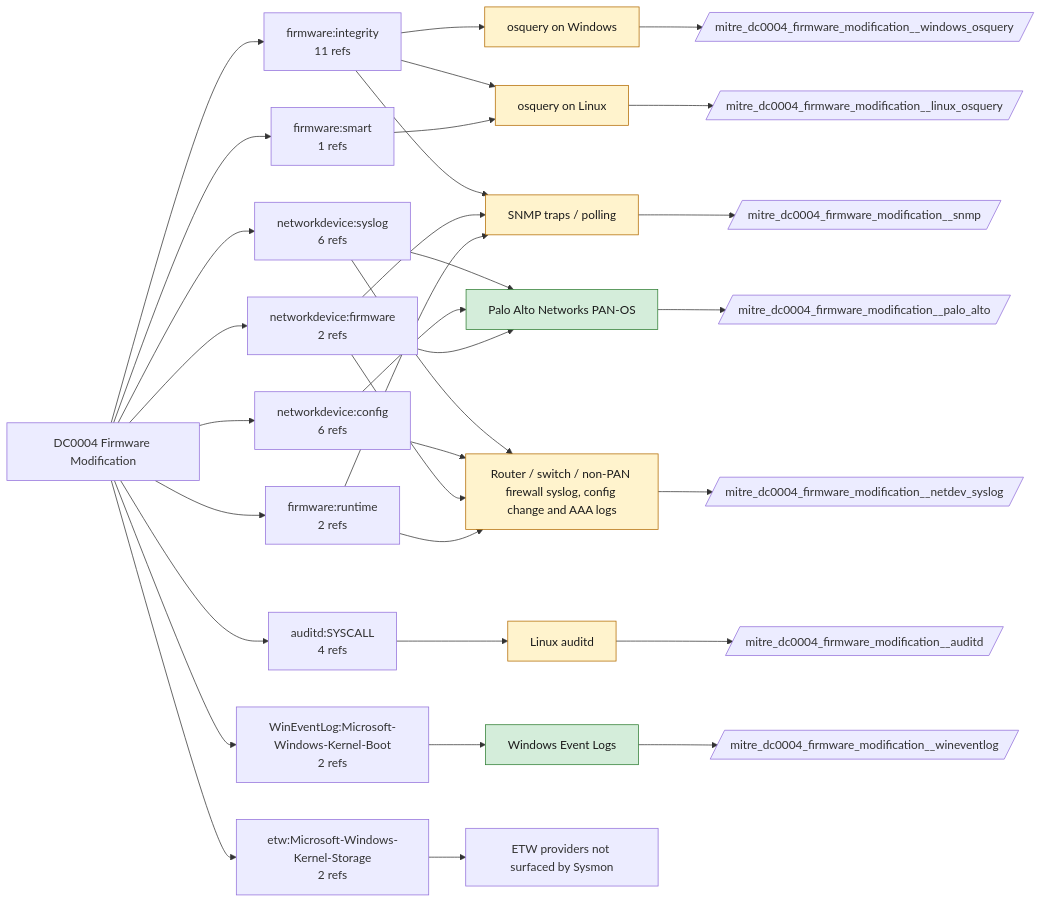
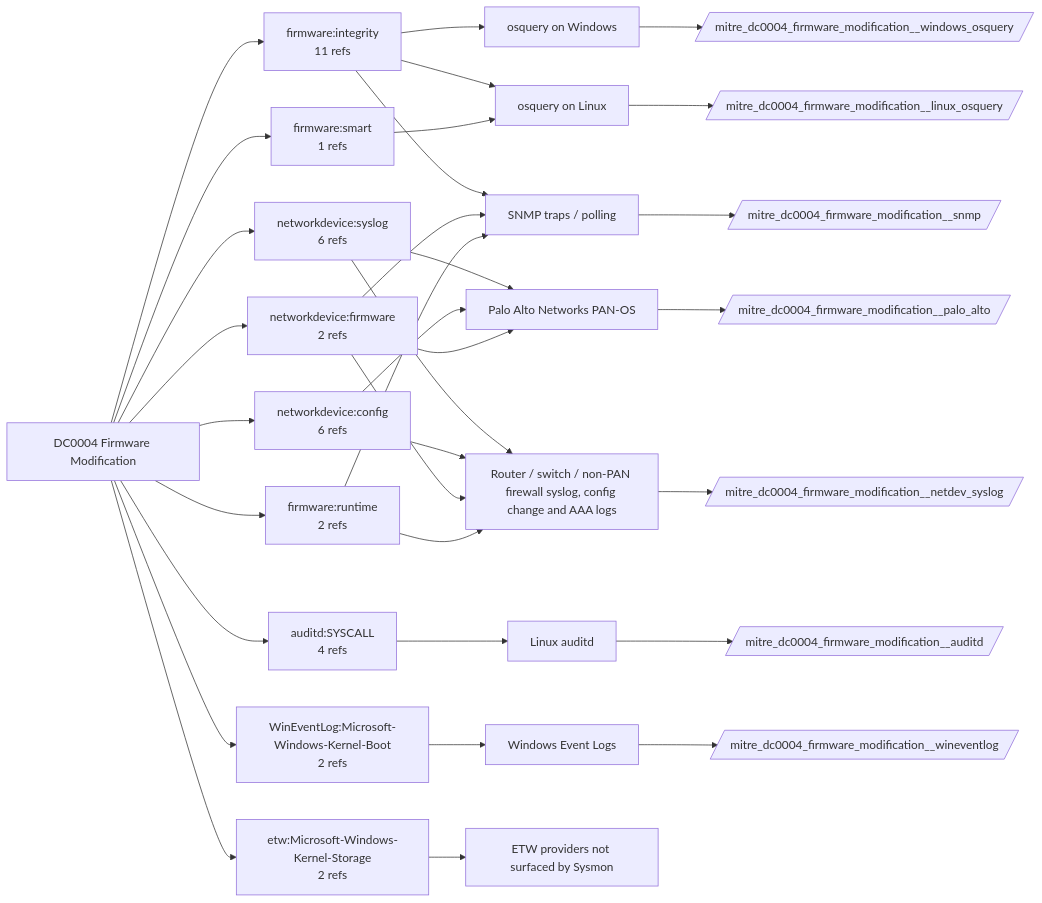
The diagram in docs/data-components/DC0004-firmware-modification.md (dev-nobytes-io/mitre-defensive-mappings-spl), drawn with Mermaid before and after one commit. The commit also changed other lines of this file and 366 other files, not shown here.

````diff
--- a/docs/data-components/DC0004-firmware-modification.md
+++ b/docs/data-components/DC0004-firmware-modification.md
@@ -19,53 +19,44 @@
 ```mermaid
 flowchart LR
   DC["DC0004 Firmware Modification"]
   DC --> LS0["firmware:integrity<br/>11 refs"]
   F_windows_osquery["osquery on Windows"]
   LS0 --> F_windows_osquery
   F_linux_osquery["osquery on Linux"]
   LS0 --> F_linux_osquery
   F_snmp["SNMP traps / polling"]
   LS0 --> F_snmp
   DC --> LS1["networkdevice:syslog<br/>6 refs"]
   F_palo_alto["Palo Alto Networks PAN-OS"]
   LS1 --> F_palo_alto
   F_netdev_syslog["Router / switch / non-PAN firewall syslog, config change and AAA logs"]
   LS1 --> F_netdev_syslog
   DC --> LS2["networkdevice:config<br/>6 refs"]
   LS2 --> F_palo_alto
   LS2 --> F_netdev_syslog
   DC --> LS3["auditd:SYSCALL<br/>4 refs"]
   F_auditd["Linux auditd"]
   LS3 --> F_auditd
   DC --> LS4["WinEventLog:Microsoft-Windows-Kernel-Boot<br/>2 refs"]
   F_wineventlog["Windows Event Logs"]
   LS4 --> F_wineventlog
   DC --> LS5["networkdevice:firmware<br/>2 refs"]
   LS5 --> F_palo_alto
   LS5 --> F_netdev_syslog
   LS5 --> F_snmp
   DC --> LS6["etw:Microsoft-Windows-Kernel-Storage<br/>2 refs"]
   F_etw["ETW providers not surfaced by Sysmon"]
   LS6 --> F_etw
   DC --> LS7["firmware:runtime<br/>2 refs"]
   LS7 --> F_netdev_syslog
   LS7 --> F_snmp
   DC --> LS8["firmware:smart<br/>1 refs"]
   LS8 --> F_linux_osquery
+  F_auditd --> ET_auditd[/"mitre_dc0004_firmware_modification__auditd"/]
+  F_linux_osquery --> ET_linux_osquery[/"mitre_dc0004_firmware_modification__linux_osquery"/]
+  F_netdev_syslog --> ET_netdev_syslog[/"mitre_dc0004_firmware_modification__netdev_syslog"/]
   F_palo_alto --> ET_palo_alto[/"mitre_dc0004_firmware_modification__palo_alto"/]
-  class F_palo_alto live
+  F_snmp --> ET_snmp[/"mitre_dc0004_firmware_modification__snmp"/]
+  F_windows_osquery --> ET_windows_osquery[/"mitre_dc0004_firmware_modification__windows_osquery"/]
   F_wineventlog --> ET_wineventlog[/"mitre_dc0004_firmware_modification__wineventlog"/]
-  class F_wineventlog live
-  F_auditd --> ET_auditd[/"mitre_dc0004_firmware_modification__auditd"/]
-  class F_auditd ready
-  F_linux_osquery --> ET_linux_osquery[/"mitre_dc0004_firmware_modification__linux_osquery"/]
-  class F_linux_osquery ready
-  F_netdev_syslog --> ET_netdev_syslog[/"mitre_dc0004_firmware_modification__netdev_syslog"/]
-  class F_netdev_syslog ready
-  F_snmp --> ET_snmp[/"mitre_dc0004_firmware_modification__snmp"/]
-  class F_snmp ready
-  F_windows_osquery --> ET_windows_osquery[/"mitre_dc0004_firmware_modification__windows_osquery"/]
-  class F_windows_osquery ready
-  classDef live fill:#d4edda,stroke:#2e7d32,color:#1b1b1b
-  classDef ready fill:#fff3cd,stroke:#b26a00,color:#1b1b1b
 ```
````
